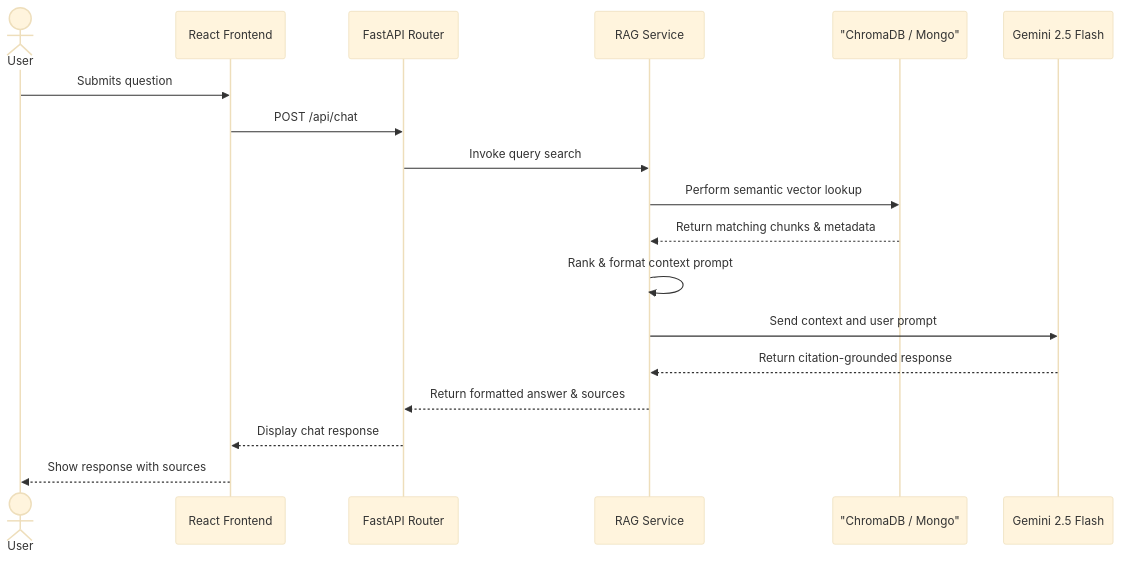
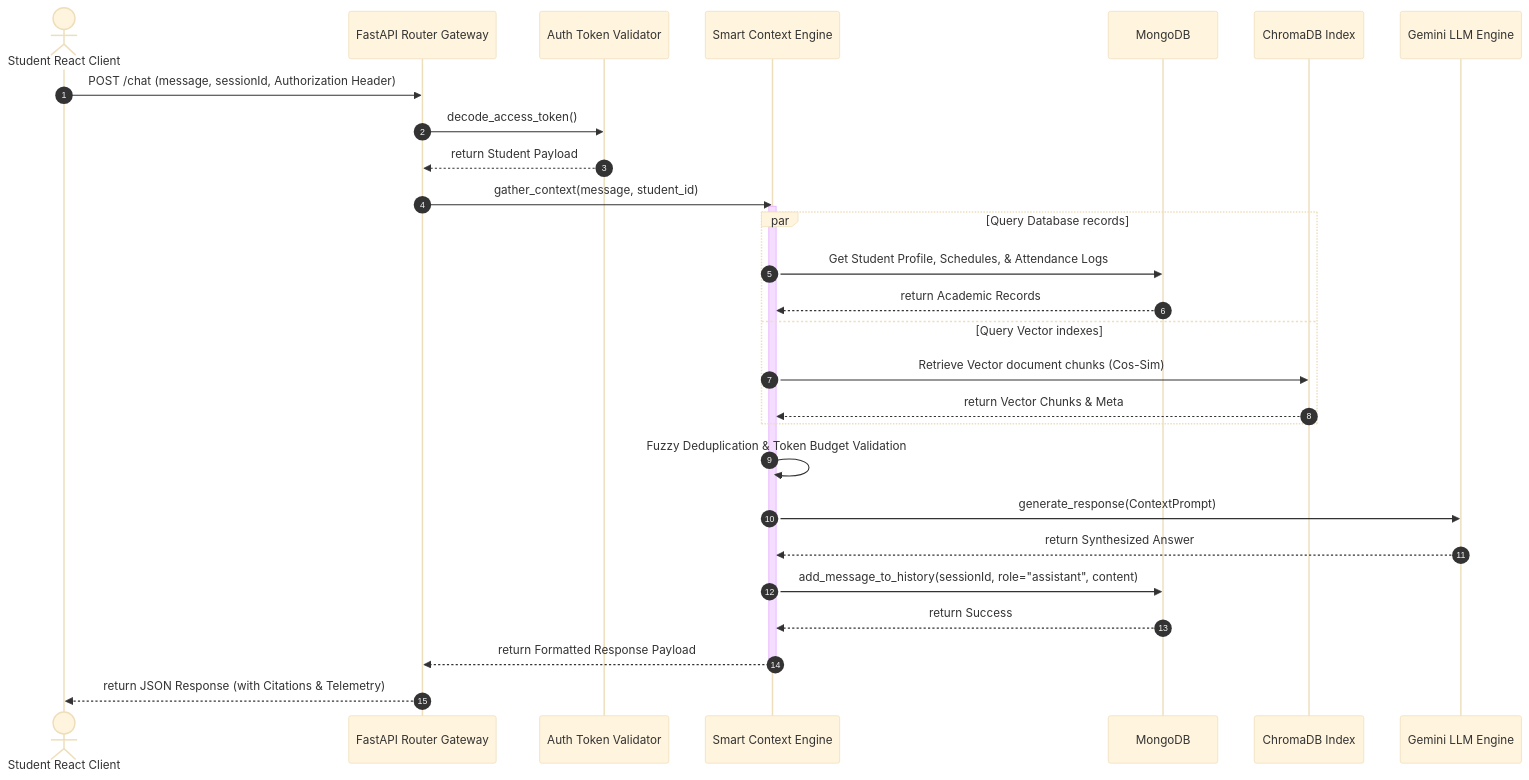
One commit to Anugrahbhuinya/BITAtlas changed the second of 3 diagrams in docs/architecture.md. Above: the diagram before and after it, drawn with Mermaid (base theme). The commit also changed other lines of this file and 29 other files, not shown here.

````diff
--- a/docs/architecture.md
+++ b/docs/architecture.md
@@ -71,21 +58,38 @@
 ```mermaid
 sequenceDiagram
-    actor User
-    participant App as React Frontend
-    participant API as FastAPI Router
-    participant RAG as RAG Service
-    participant DB as "ChromaDB / Mongo"
-    participant LLM as Gemini 2.5 Flash
+    autonumber
+    actor Client as Student React Client
+    participant Router as FastAPI Router Gateway
+    participant Auth as Auth Token Validator
+    participant Context as Smart Context Engine
+    participant DB as MongoDB
+    participant Chroma as ChromaDB Index
+    participant Gemini as Gemini LLM Engine
 
-    User->>App: Submits question
-    App->>API: POST /api/chat
-    API->>RAG: Invoke query search
-    RAG->>DB: Perform semantic vector lookup
-    DB-->>RAG: Return matching chunks & metadata
-    RAG->>RAG: Rank & format context prompt
-    RAG->>LLM: Send context and user prompt
-    LLM-->>RAG: Return citation-grounded response
-    RAG-->>API: Return formatted answer & sources
-    API-->>App: Display chat response
-    App-->>User: Show response with sources
+    Client->>Router: POST /chat (message, sessionId, Authorization Header)
+    Router->>Auth: decode_access_token()
+    Auth-->>Router: return Student Payload
+    
+    Router->>Context: gather_context(message, student_id)
+    activate Context
+    
+    par Query Database records
+        Context->>DB: Get Student Profile, Schedules, & Attendance Logs
+        DB-->>Context: return Academic Records
+    and Query Vector indexes
+        Context->>Chroma: Retrieve Vector document chunks (Cos-Sim)
+        Chroma-->>Context: return Vector Chunks & Meta
+    end
+    
+    Context->>Context: Fuzzy Deduplication & Token Budget Validation
+    Context->>Gemini: generate_response(ContextPrompt)
+    Gemini-->>Context: return Synthesized Answer
+    
+    Context->>DB: add_message_to_history(sessionId, role="assistant", content)
+    DB-->>Context: return Success
+    
+    Context-->>Router: return Formatted Response Payload
+    deactivate Context
+    
+    Router-->>Client: return JSON Response (with Citations & Telemetry)
 ```
````
